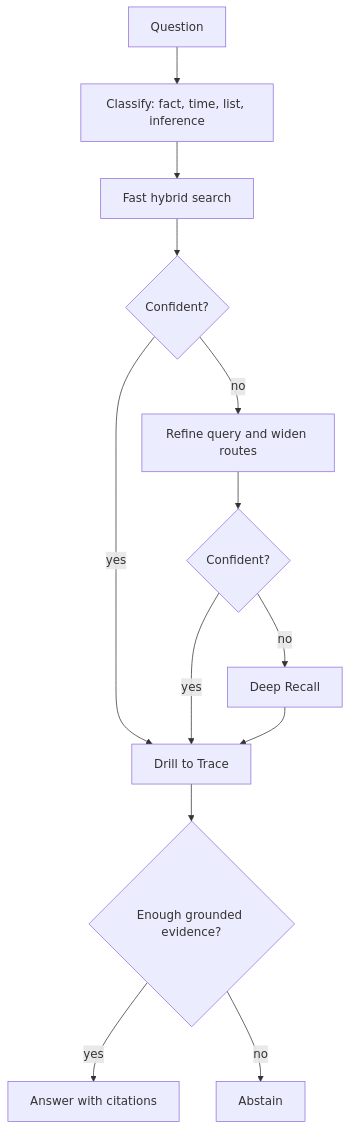
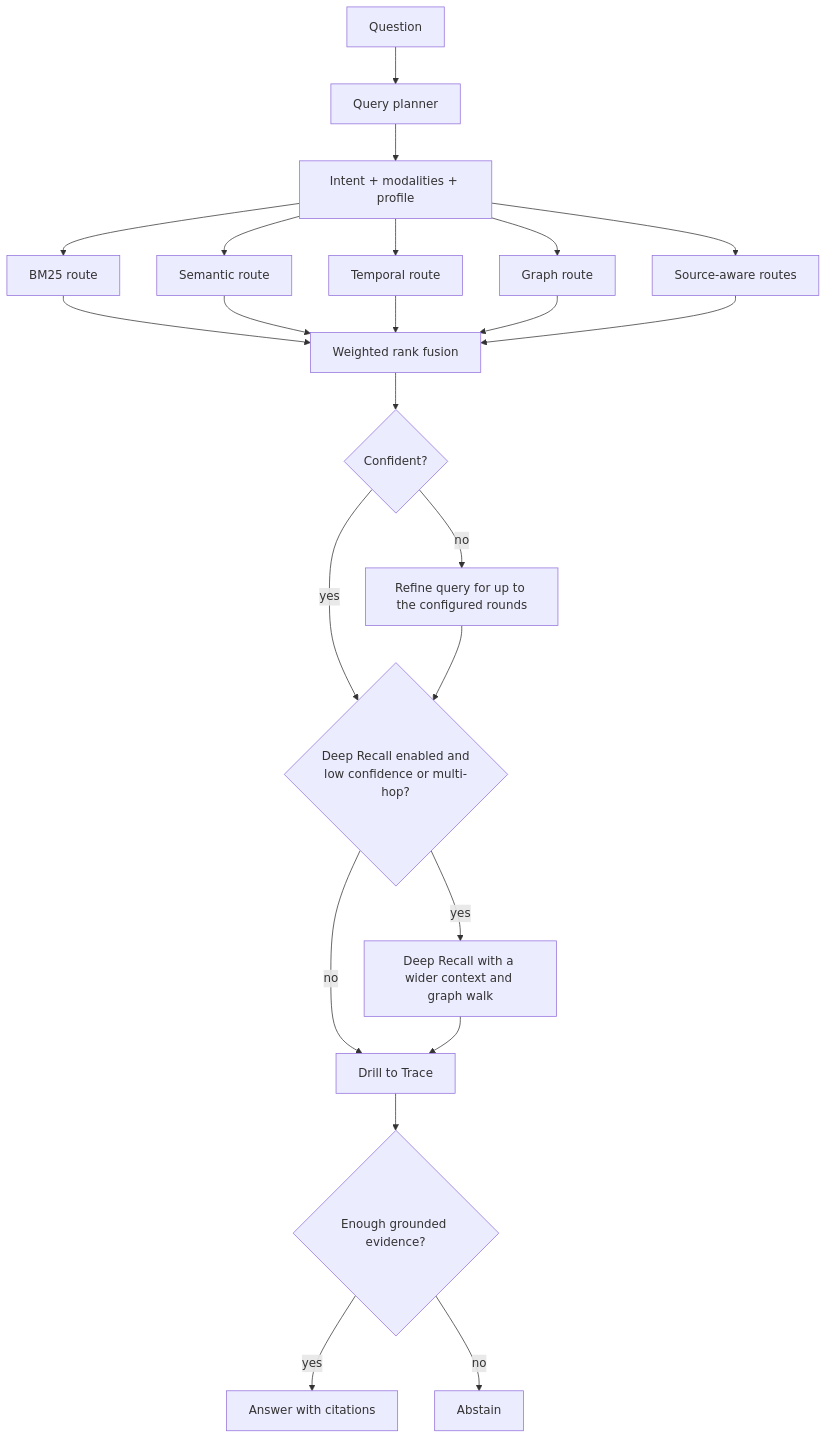
One commit to shanmukh05/trisynapse-memory changed the ninth of 12 diagrams in docs/architecture.md. Above: the diagram before and after it, drawn with Mermaid. The commit also changed other lines of this file and 76 other files, not shown here.

````diff
--- a/docs/architecture.md
+++ b/docs/architecture.md
@@ -237,15 +450,25 @@
 ```mermaid
 flowchart TD
-    Q["Question"] --> C["Classify: fact, time, list, inference"]
-    C --> F["Fast hybrid search"]
+    Q["Question"] --> P["Query planner"]
+    P --> I["Intent + modalities + profile"]
+    I --> B["BM25 route"]
+    I --> S["Semantic route"]
+    I --> T["Temporal route"]
+    I --> GR["Graph route"]
+    I --> M["Source-aware routes"]
+    B --> F["Weighted rank fusion"]
+    S --> F
+    T --> F
+    GR --> F
+    M --> F
     F --> CF{"Confident?"}
-    CF -->|"no"| R1["Refine query and widen routes"]
-    R1 --> CF2{"Confident?"}
-    CF2 -->|"no"| DR["Deep Recall"]
-    CF -->|"yes"| D["Drill to Trace"]
-    CF2 -->|"yes"| D
+    CF -->|"no"| R1["Refine query for up to the configured rounds"]
+    CF -->|"yes"| ESC{"Deep Recall enabled and\nlow confidence or multi-hop?"}
+    R1 --> ESC
+    ESC -->|"yes"| DR["Deep Recall with a wider context and graph walk"]
+    ESC -->|"no"| D["Drill to Trace"]
     DR --> D
-    D --> G{"Enough grounded evidence?"}
-    G -->|"yes"| A["Answer with citations"]
-    G -->|"no"| X["Abstain"]
+    D --> EG{"Enough grounded evidence?"}
+    EG -->|"yes"| A["Answer with citations"]
+    EG -->|"no"| X["Abstain"]
 ```
````
